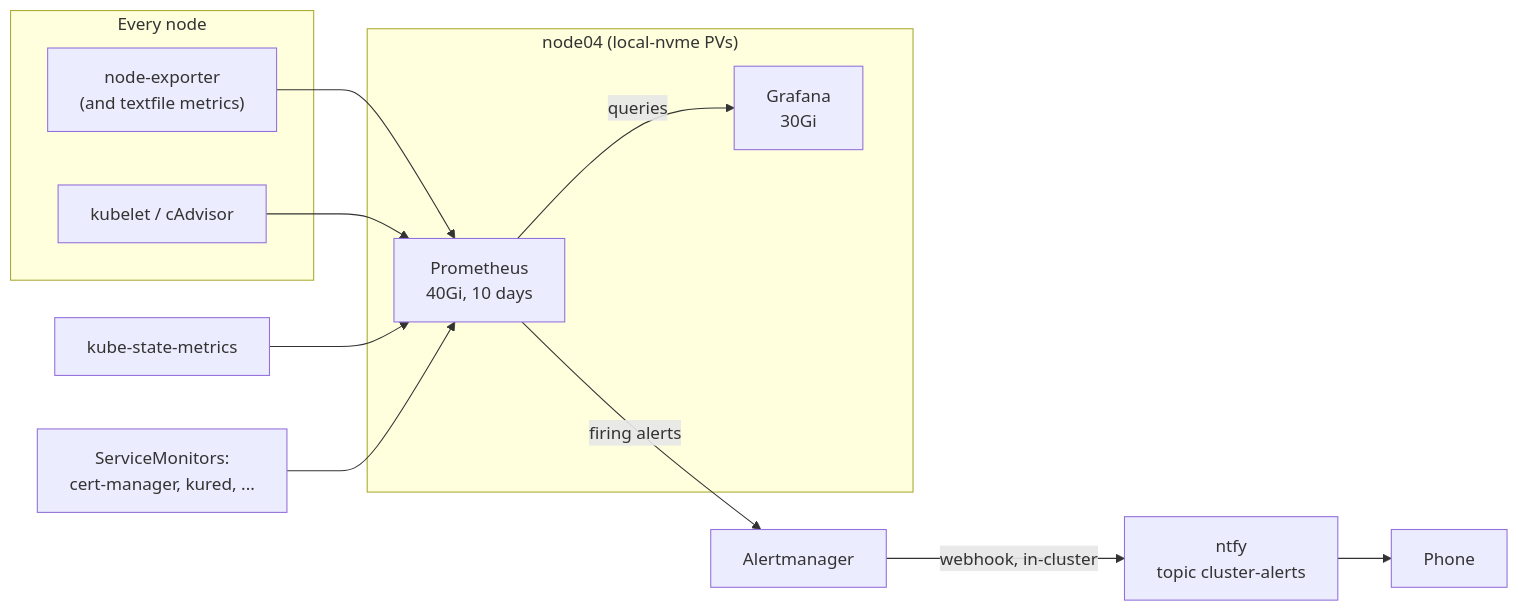
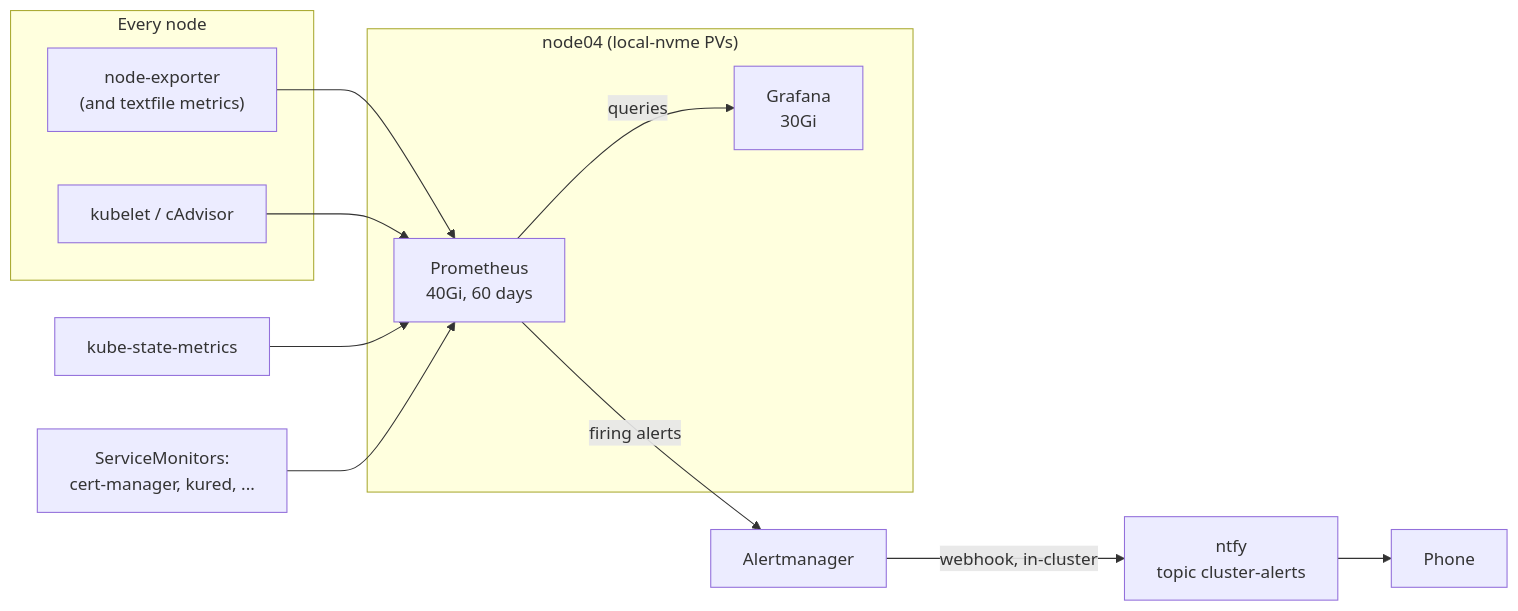
The diagram in docs/how-to/monitoring.md (gilesknap/tpi-k3s-ansible), drawn with Mermaid before and after one commit. The commit also changed other lines of this file and 1 other file, not shown here.

First line of the commit message:
Keep 60 days of Prometheus metrics, capped at 35 GB

````diff
--- a/docs/how-to/monitoring.md
+++ b/docs/how-to/monitoring.md
@@ -12,24 +12,24 @@
 ```mermaid
 flowchart LR
     subgraph every["Every node"]
         ne["node-exporter<br/>(and textfile metrics)"]
         kubelet["kubelet / cAdvisor"]
     end
     ksm["kube-state-metrics"]
     apps["ServiceMonitors:<br/>cert-manager, kured, ..."]
     subgraph node04["node04 (local-nvme PVs)"]
-        prom["Prometheus<br/>40Gi, 10 days"]
+        prom["Prometheus<br/>40Gi, 60 days"]
         graf["Grafana<br/>30Gi"]
     end
     am["Alertmanager"]
     ntfy["ntfy<br/>topic cluster-alerts"]
     phone["Phone"]
 
     ne --> prom
     kubelet --> prom
     ksm --> prom
     apps --> prom
     prom -->|"queries"| graf
     prom -->|"firing alerts"| am
     am -->|"webhook, in-cluster"| ntfy --> phone
 ```
````
